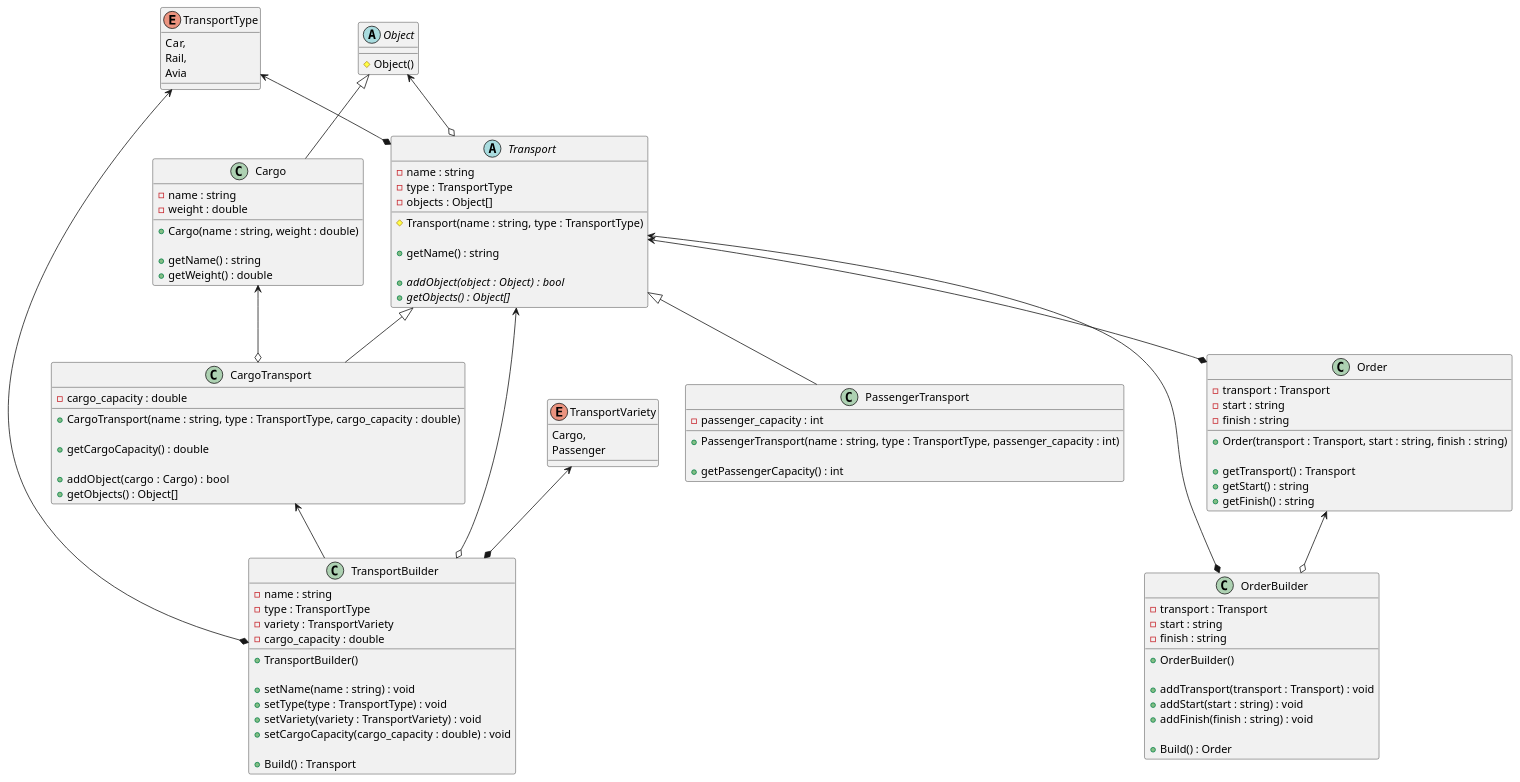
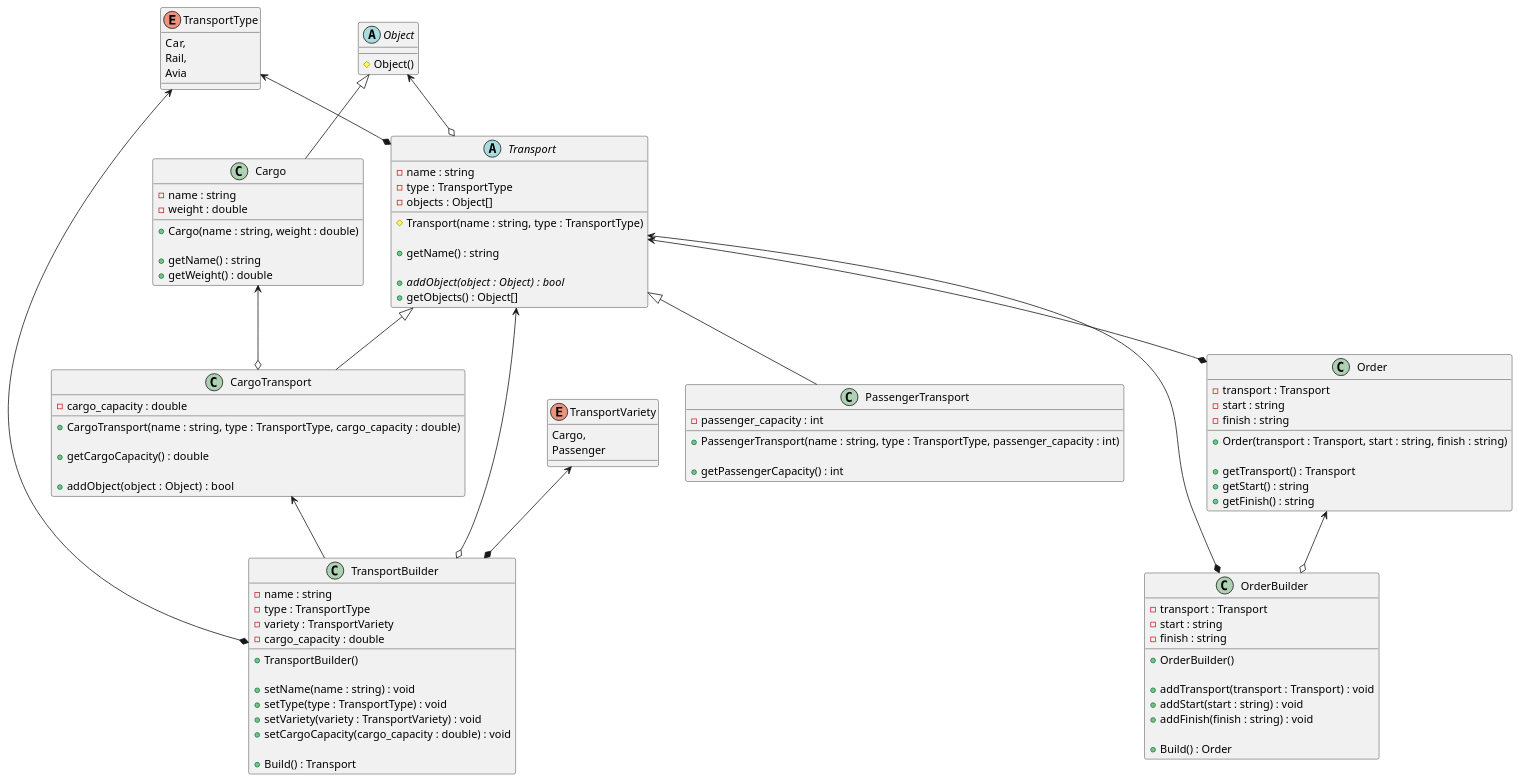
Before and after one commit to it-top-shambala/TransportCompany_: the diagram in class_diagram.puml, drawn with PlantUML. The commit also changed 1 other file, not shown here.

Commit message:
Update class diagram

```diff
--- a/class_diagram.puml
+++ b/class_diagram.puml
@@ -1,118 +1,117 @@
 @startuml
 'https://plantuml.com/class-diagram
 
 enum TransportType {
 Car,
 Rail,
 Avia
 }
 
 abstract class Object {
 # Object()
 }
 
 Object <|-- Cargo
 class Cargo {
 - name : string
 - weight : double
 
 + Cargo(name : string, weight : double)
 
 + getName() : string
 + getWeight() : double
 }
 
 
 TransportType <--* Transport
 Object <--o Transport
 abstract class Transport {
 - name : string
 - type : TransportType
 - objects : Object[]
 
 # Transport(name : string, type : TransportType)
 
 + getName() : string
 
 + {abstract} addObject(object : Object) :  bool
-+ {abstract} getObjects() : Object[]
++ getObjects() : Object[]
 }
 
 Transport <|-- CargoTransport
 Cargo <--o CargoTransport
 class CargoTransport {
 - cargo_capacity : double
 
 + CargoTransport(name : string, type : TransportType, cargo_capacity : double)
 
 + getCargoCapacity() : double
 
-+ addObject(cargo : Cargo) :  bool
-+ getObjects() : Object[]
++ addObject(object : Object) :  bool
 }
 
 Transport <|-- PassengerTransport
 class PassengerTransport {
 - passenger_capacity : int
 
 + PassengerTransport(name : string, type : TransportType, passenger_capacity : int)
 
 + getPassengerCapacity() : int
 }
 
 Transport <--* Order
 class Order {
 - transport : Transport
 - start : string
 - finish : string
 
 + Order(transport : Transport, start : string, finish : string)
 
 + getTransport() : Transport
 + getStart() : string
 + getFinish() : string
 }
 
 Transport <--* OrderBuilder
 Order <--o OrderBuilder
 class OrderBuilder{
 - transport : Transport
 - start : string
 - finish : string
 
 + OrderBuilder()
 
 + addTransport(transport : Transport) : void
 + addStart(start : string) : void
 + addFinish(finish : string) : void
 
 + Build() : Order
 }
 
 enum TransportVariety {
 Cargo,
 Passenger
 }
 
 
 Transport <--o TransportBuilder
 TransportType <--* TransportBuilder
 TransportVariety <--* TransportBuilder
 CargoTransport <-- TransportBuilder
 class TransportBuilder {
 - name : string
 - type : TransportType
 - variety : TransportVariety
 - cargo_capacity : double
 
 + TransportBuilder()
 
 + setName(name : string) : void
 + setType(type : TransportType) : void
 + setVariety(variety : TransportVariety) : void
 + setCargoCapacity(cargo_capacity : double) : void
 
 + Build() : Transport
 }
 
 @enduml
```
